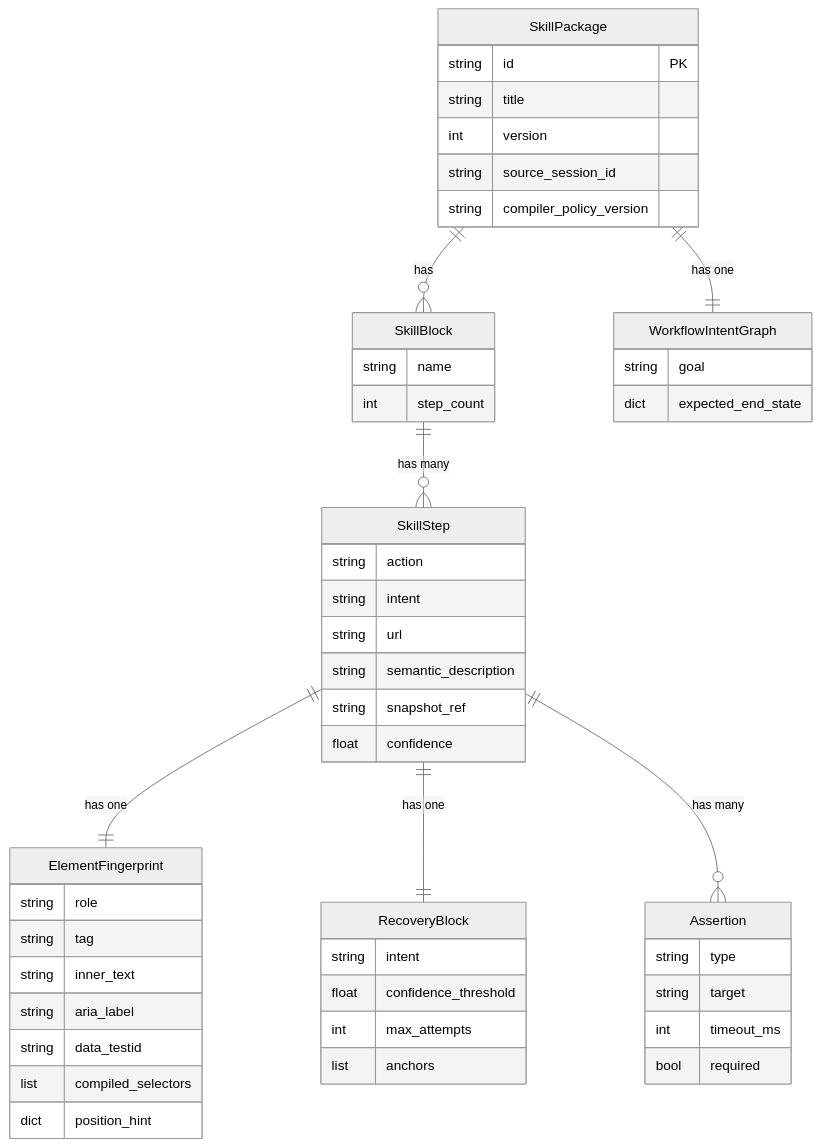
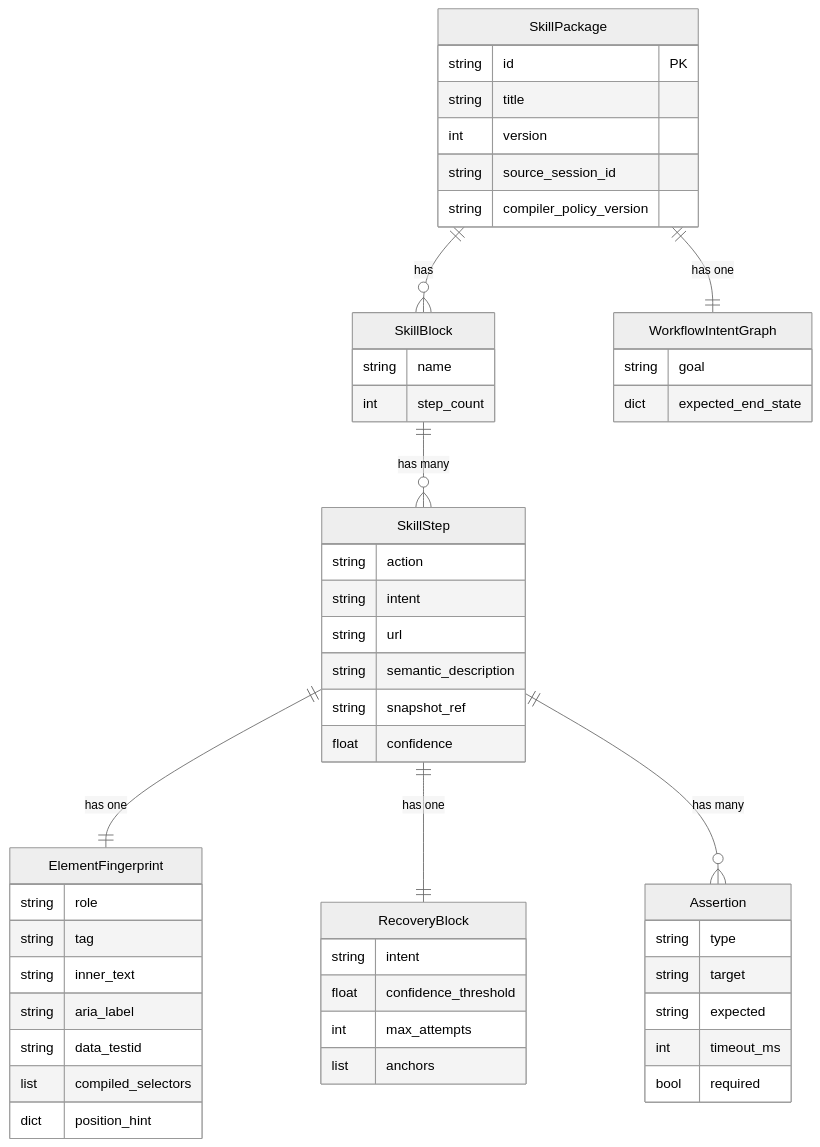
Before and after one commit to Cannonbold2412/CONXA: the second of 3 diagrams in docs/Backend-Schema.md, drawn with Mermaid (neutral theme). The commit also changed other lines of this file and 6 other files, not shown here.

````diff
--- a/docs/Backend-Schema.md
+++ b/docs/Backend-Schema.md
@@ -939,54 +1001,55 @@
 ```mermaid
 erDiagram
     SkillPackage {
         string id PK
         string title
         int version
         string source_session_id
         string compiler_policy_version
     }
     SkillBlock {
         string name
         int step_count
     }
     SkillStep {
         string action
         string intent
         string url
         string semantic_description
         string snapshot_ref
         float confidence
     }
     ElementFingerprint {
         string role
         string tag
         string inner_text
         string aria_label
         string data_testid
         list compiled_selectors
         dict position_hint
     }
     RecoveryBlock {
         string intent
         float confidence_threshold
         int max_attempts
         list anchors
     }
     Assertion {
         string type
         string target
+        string expected
         int timeout_ms
         bool required
     }
     WorkflowIntentGraph {
         string goal
         dict expected_end_state
     }
 
     SkillPackage ||--|| WorkflowIntentGraph : "has one"
     SkillPackage ||--o{ SkillBlock : "has"
     SkillBlock ||--o{ SkillStep : "has many"
     SkillStep ||--|| ElementFingerprint : "has one"
     SkillStep ||--|| RecoveryBlock : "has one"
     SkillStep ||--o{ Assertion : "has many"
 ```
````
